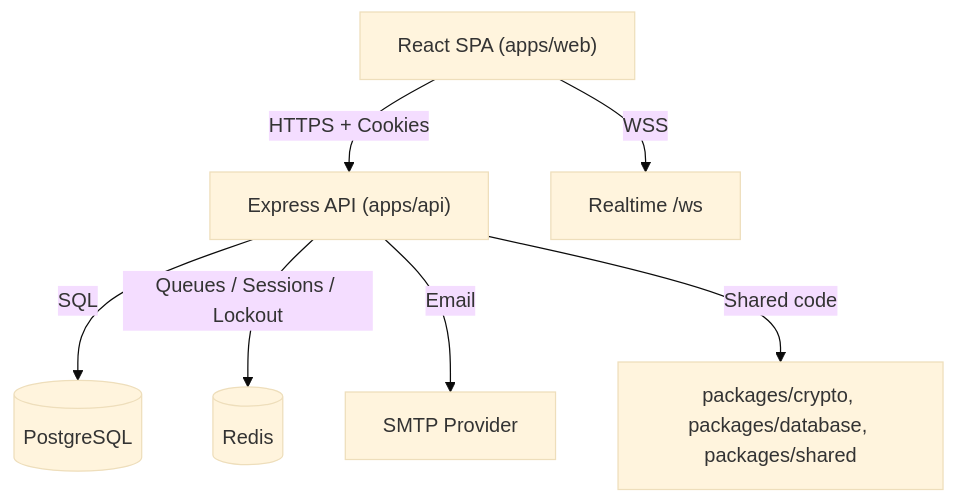
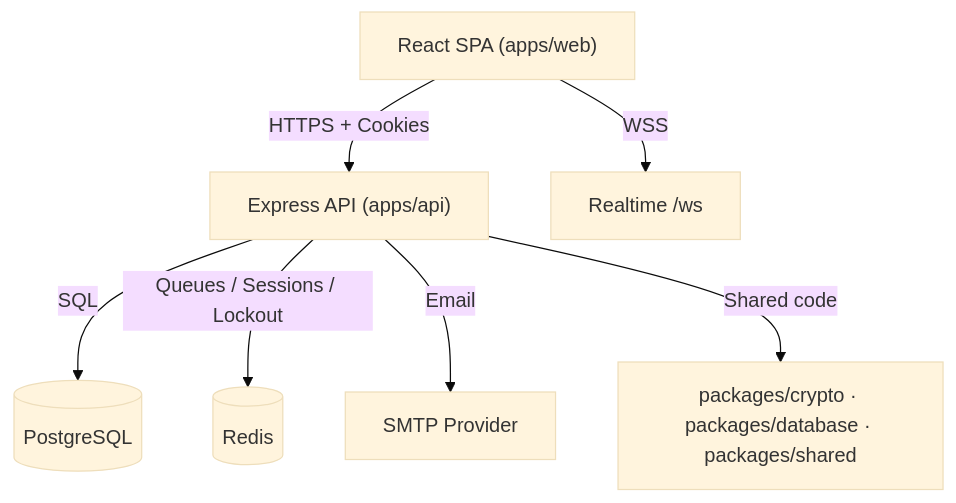
Before and after one commit to HandoverKey/HandoverKey: the second of 2 diagrams in README.md, drawn with Mermaid (base theme). The commit also changed other lines of this file and 37 other files, not shown here.

````diff
--- a/README.md
+++ b/README.md
@@ -247,9 +147,9 @@
 ```mermaid
 graph TD
     Browser["React SPA (apps/web)"] -->|HTTPS + Cookies| API["Express API (apps/api)"]
     Browser -->|WSS| WS["Realtime /ws"]
     API -->|SQL| DB[("PostgreSQL")]
     API -->|Queues / Sessions / Lockout| Redis[("Redis")]
     API -->|Email| SMTP["SMTP Provider"]
-    API -->|Shared code| Packages["packages/crypto, packages/database, packages/shared"]
+    API -->|Shared code| Packages["packages/crypto · packages/database · packages/shared"]
 ```
````
